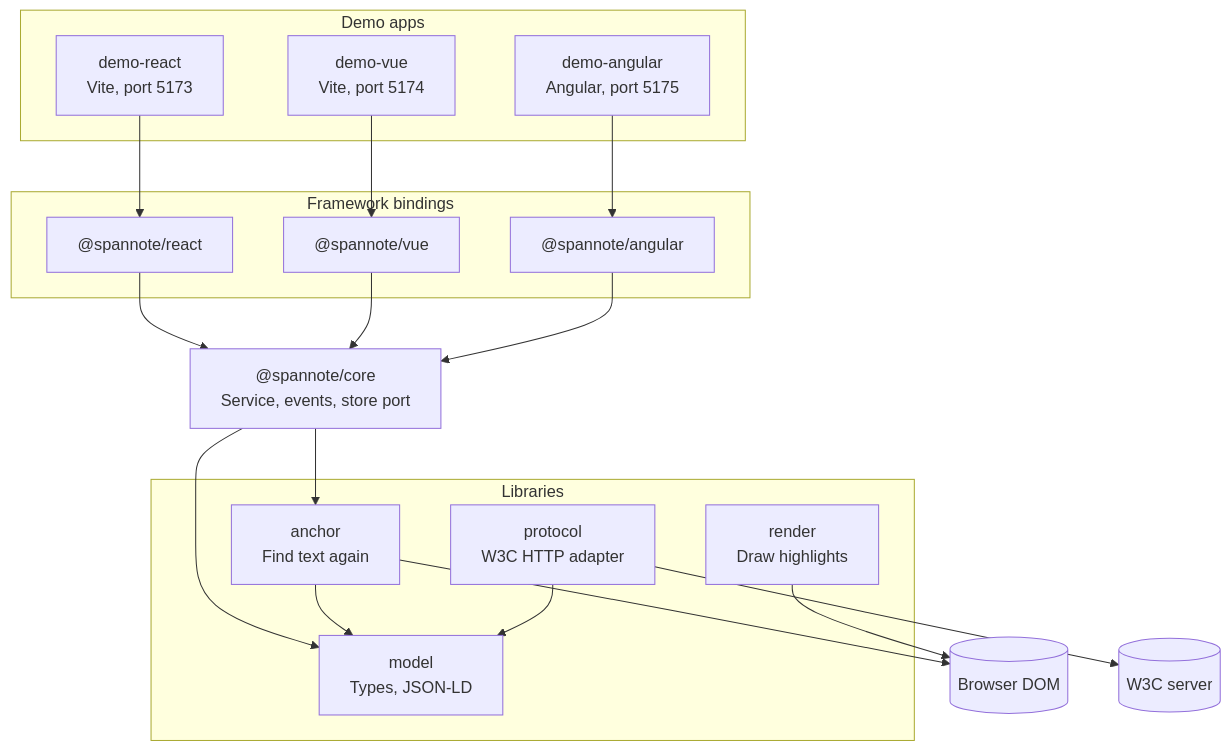
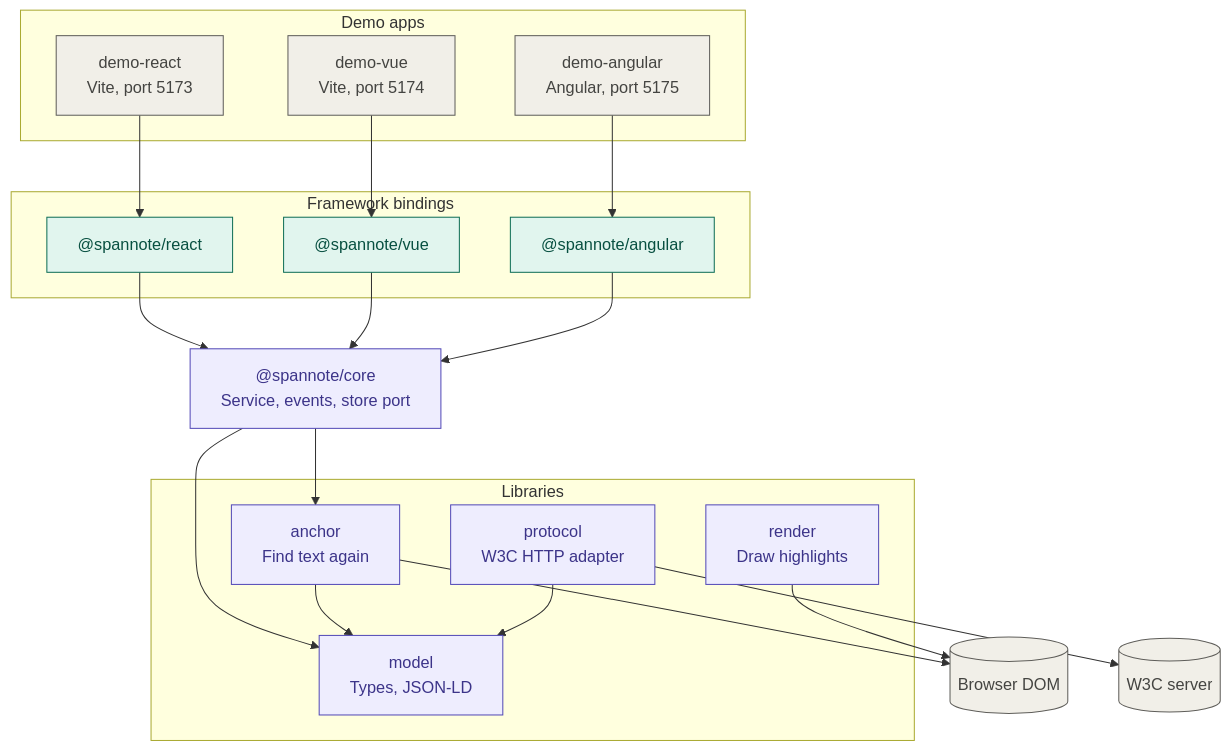
The diagram in README.md (manoj-mass/spannote), drawn with Mermaid before and after one commit.

Commit message:
Colour the README architecture diagram by layer
Mermaid does not use the chat widget's style classes, so the diagram was
drawn in one neutral colour. Adds classDef colours that match the original:
teal for framework bindings, purple for SpanNote packages, and grey for the
apps and the environment.

````diff
--- a/README.md
+++ b/README.md
@@ -30,36 +30,43 @@
 ```mermaid
 flowchart TB
   subgraph apps["Demo apps"]
     react_demo["demo-react<br/>Vite, port 5173"]
     vue_demo["demo-vue<br/>Vite, port 5174"]
     ng_demo["demo-angular<br/>Angular, port 5175"]
   end
   subgraph bindings["Framework bindings"]
     react["@spannote/react"]
     vue["@spannote/vue"]
     angular["@spannote/angular"]
   end
   core["@spannote/core<br/>Service, events, store port"]
   subgraph libs["Libraries"]
     anchor["anchor<br/>Find text again"]
     model["model<br/>Types, JSON-LD"]
     protocol["protocol<br/>W3C HTTP adapter"]
     render["render<br/>Draw highlights"]
   end
   dom[("Browser DOM")]
   w3c[("W3C server")]
 
   react_demo --> react
   vue_demo --> vue
   ng_demo --> angular
   react --> core
   vue --> core
   angular --> core
   core --> anchor
   core --> model
   anchor --> model
   protocol --> model
   anchor --> dom
   render --> dom
   protocol --> w3c
+
+  classDef binding fill:#E1F5EE,stroke:#0F6E56,color:#085041
+  classDef spannote fill:#EEEDFE,stroke:#534AB7,color:#3C3489
+  classDef neutral fill:#F1EFE8,stroke:#5F5E5A,color:#444441
+  class react,vue,angular binding
+  class core,anchor,model,protocol,render spannote
+  class react_demo,vue_demo,ng_demo,dom,w3c neutral
 ```
````
